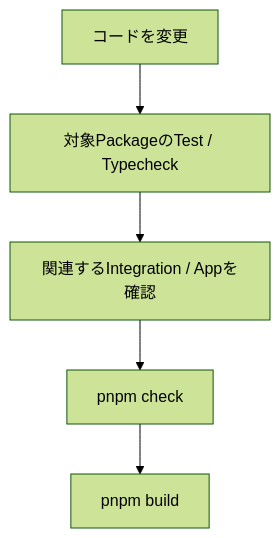
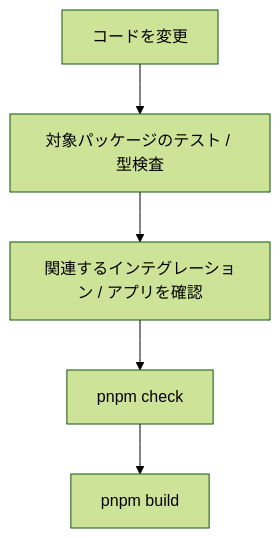
One commit to Rerurate514/riebeckite changed the third of 6 diagrams in docs/docs/framework/development.ja.md. Above: the diagram before and after it, drawn with Mermaid (forest theme). The commit also changed other lines of this file and 310 other files, not shown here.

````diff
--- a/docs/docs/framework/development.ja.md
+++ b/docs/docs/framework/development.ja.md
@@ -190,13 +185,13 @@
 ```mermaid id="jyhjau"
 flowchart TD
     Change["コードを変更"]
-    Focus["対象PackageのTest / Typecheck"]
-    Related["関連するIntegration / Appを確認"]
+    Focus["対象パッケージのテスト / 型検査"]
+    Related["関連するインテグレーション / アプリを確認"]
     Check["pnpm check"]
     Build["pnpm build"]
 
     Change --> Focus
     Focus --> Related
     Related --> Check
     Check --> Build
 ```
````
